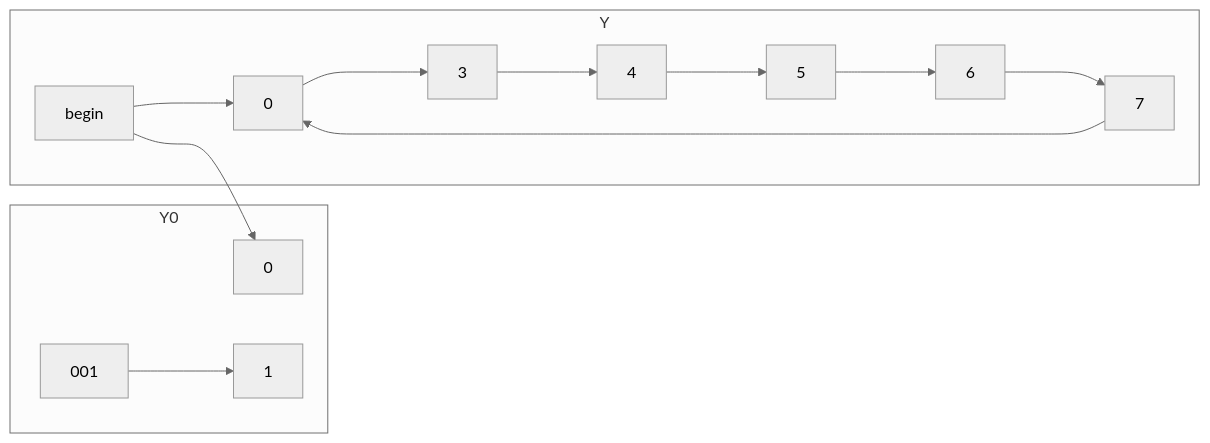
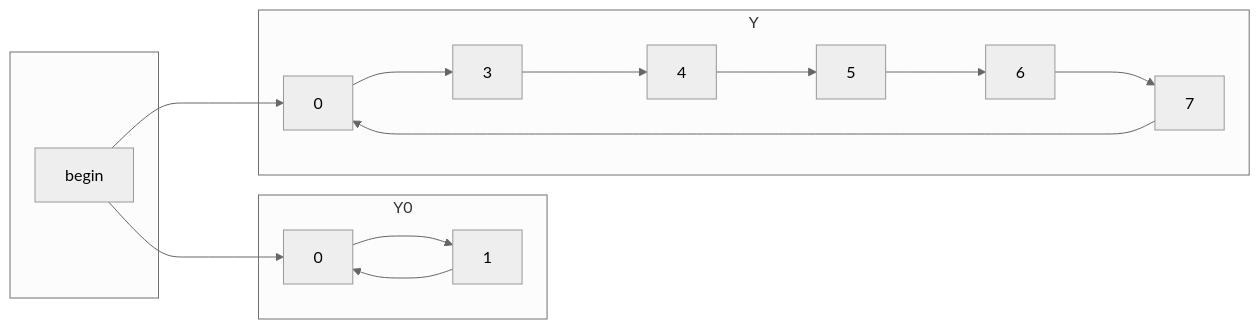
The fourth of 5 diagrams in CSDS 281 - Logic Design/HW/8/Tables.md (tnichols217/notes), drawn with Mermaid (neutral theme) before and after one commit.

Commit message:
vault backup: 2024-04-03 23:35:54

````diff
--- a/CSDS 281 - Logic Design/HW/8/Tables.md
+++ b/CSDS 281 - Logic Design/HW/8/Tables.md
@@ -113,17 +113,21 @@
 ```mermaid
 flowchart LR
+subgraph " "
+	begin
+end
 subgraph Y
 	begin ---> 0
 	0 ---> 3
 	3 ---> 4
 	4 ---> 5
 	5 ---> 6
 	6 ---> 7
 	7 ---> 0
 end
 subgraph Y0
-	begin ---> 01[0]
-	001 ---> 011[1]
+	begin ---> 00[0]
+	00 ---> 01[1]
+	01 ---> 00
 end
 
 ```
````
